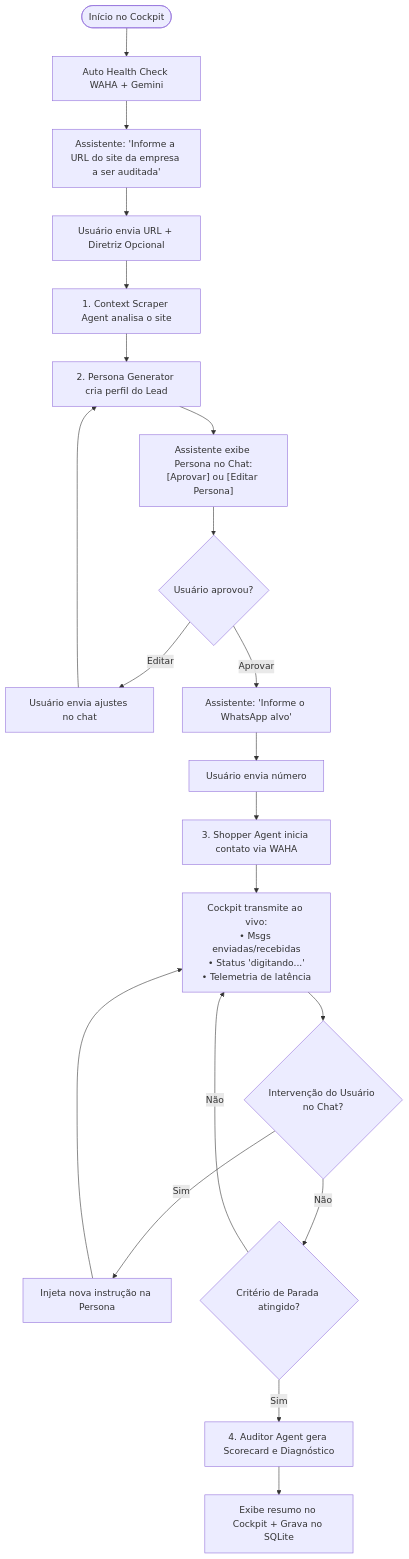
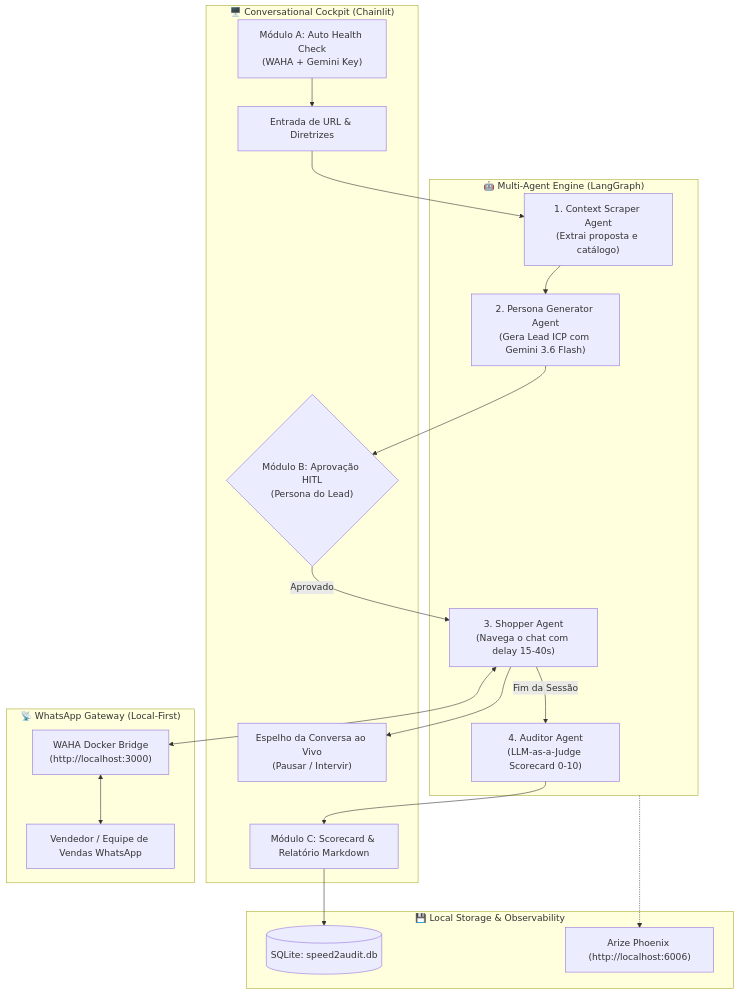
Before and after one commit to hugonotnice/speed2audit: the diagram in README.md, drawn with Mermaid. The commit also changed other lines of this file and 37 other files, not shown here.

````diff
--- a/README.md
+++ b/README.md
@@ -48,28 +81,35 @@
 ```mermaid
 flowchart TD
-    Start([Início no Cockpit]) --> Health[Auto Health Check WAHA + Gemini]
-    Health --> PromptSite["Assistente: 'Informe a URL do site da empresa a ser auditada'"]
-    PromptSite --> InputSite["Usuário envia URL + Diretriz Opcional"]
-    
-    InputSite --> ScraperNode["1. Context Scraper Agent analisa o site"]
-    ScraperNode --> PersonaNode["2. Persona Generator cria perfil do Lead"]
-    
-    PersonaNode --> ReviewPersona["Assistente exibe Persona no Chat:\n[Aprovar] ou [Editar Persona]"]
-    ReviewPersona --> ApprovalChoice{"Usuário aprovou?"}
-    
-    ApprovalChoice -- "Editar" --> EditFeedback["Usuário envia ajustes no chat"] --> PersonaNode
-    ApprovalChoice -- "Aprovar" --> PromptPhone["Assistente: 'Informe o WhatsApp alvo'"]
-    
-    PromptPhone --> InputPhone["Usuário envia número"]
-    InputPhone --> ShopperLoop["3. Shopper Agent inicia contato via WAHA"]
-    
-    ShopperLoop --> LiveStream["Cockpit transmite ao vivo:\n• Msgs enviadas/recebidas\n• Status 'digitando...'\n• Telemetria de latência"]
-    
-    LiveStream --> UserIntervention{"Intervenção do Usuário no Chat?"}
-    UserIntervention -- "Sim" --> InjectDirective["Injeta nova instrução na Persona"] --> LiveStream
-    UserIntervention -- "Não" --> StopEvaluator{"Critério de Parada atingido?"}
-    
-    StopEvaluator -- "Não" --> LiveStream
-    StopEvaluator -- "Sim" --> AuditorJudge["4. Auditor Agent gera Scorecard e Diagnóstico"]
-    AuditorJudge --> DisplayReport["Exibe resumo no Cockpit + Grava no SQLite"]
+    subgraph UI ["🖥️ Conversational Cockpit (Chainlit)"]
+        Health["Módulo A: Auto Health Check\n(WAHA + Gemini Key)"]
+        UserPrompt["Entrada de URL & Diretrizes"]
+        HITLReview{"Módulo B: Aprovação HITL\n(Persona do Lead)"}
+        LiveMirror["Espelho da Conversa ao Vivo\n(Pausar / Intervir)"]
+        ReportView["Módulo C: Scorecard & Relatório Markdown"]
+    end
+
+    subgraph Engine ["🤖 Multi-Agent Engine (LangGraph)"]
+        Scraper["1. Context Scraper Agent\n(Extrai proposta e catálogo)"]
+        PersonaGen["2. Persona Generator Agent\n(Gera Lead ICP com Gemini 3.6 Flash)"]
+        Shopper["3. Shopper Agent\n(Navega o chat com delay 15-40s)"]
+        Auditor["4. Auditor Agent\n(LLM-as-a-Judge Scorecard 0-10)"]
+    end
+
+    subgraph Channels ["📡 WhatsApp Gateway (Local-First)"]
+        WAHA["WAHA Docker Bridge\n(http://localhost:3000)"]
+        TargetSeller["Vendedor / Equipe de Vendas WhatsApp"]
+    end
+
+    subgraph Storage ["💾 Local Storage & Observability"]
+        SQLite[("SQLite: speed2audit.db")]
+        Phoenix["Arize Phoenix (http://localhost:6006)"]
+    end
+
+    Health --> UserPrompt --> Scraper --> PersonaGen --> HITLReview
+    HITLReview -- "Aprovado" --> Shopper
+    Shopper <--> WAHA <--> TargetSeller
+    Shopper --> LiveMirror
+    Shopper -- "Fim da Sessão" --> Auditor
+    Auditor --> ReportView --> SQLite
+    Engine -.-> Phoenix
 ```
````
